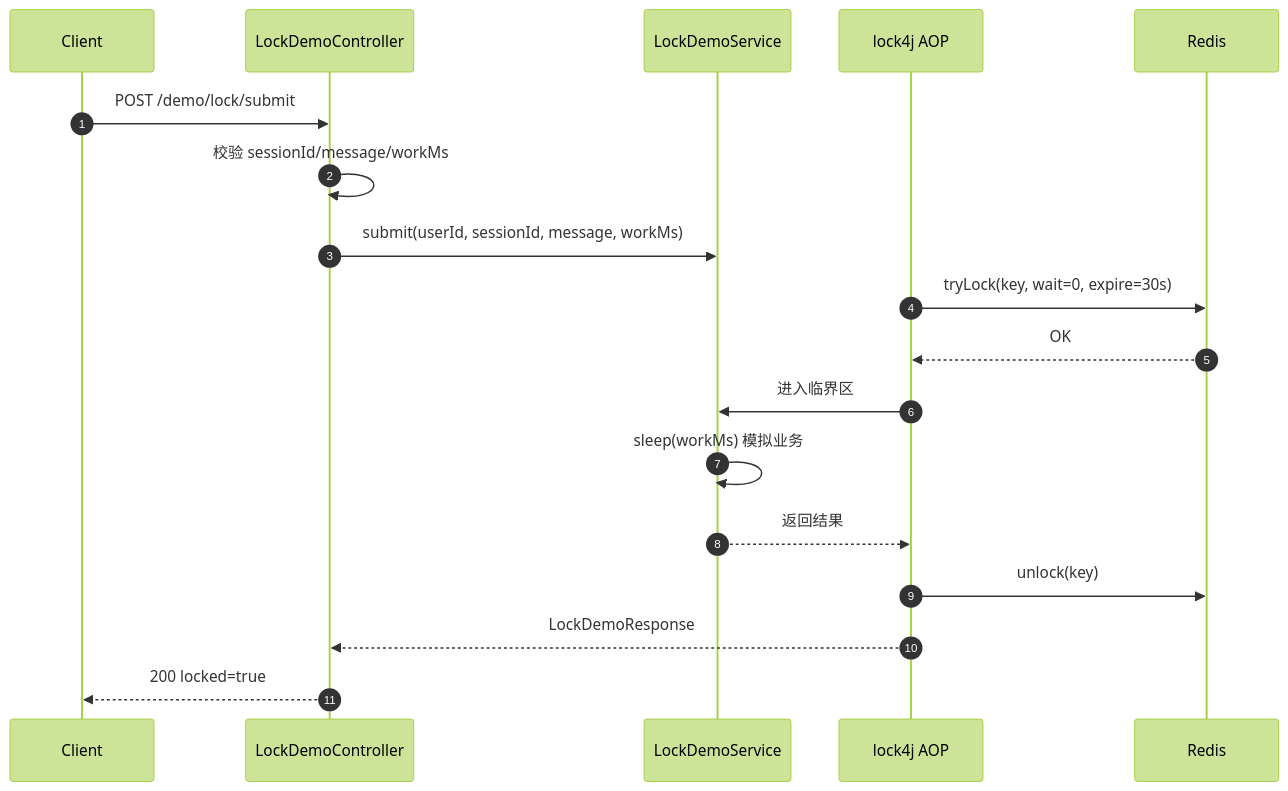
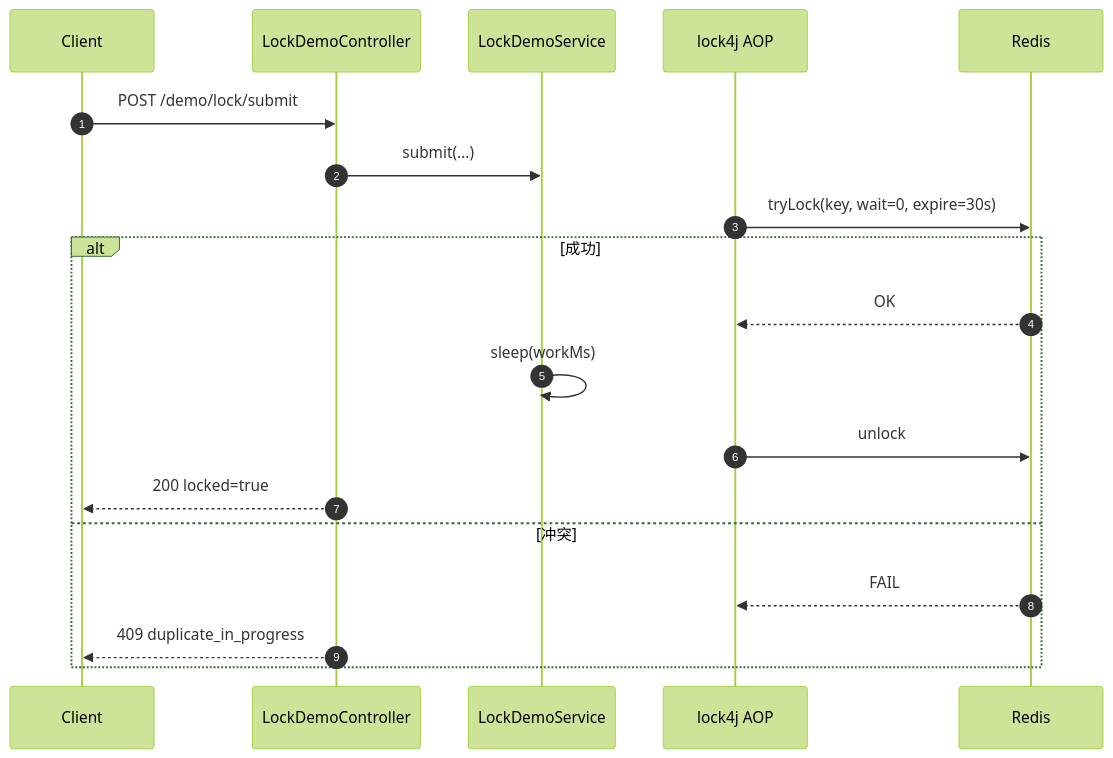
The fourth of 6 diagrams in demo2/docs/superpowers/specs/2026-08-05-lock4j-redisson-design.md (jasonsoso/spring-ai-demo), drawn with Mermaid (forest theme) before and after one commit. The commit also changed other lines of this file, not shown here.

Commit message:
docs(demo2): expand lock design to demo annotation plus ask tryLock

````diff
--- a/demo2/docs/superpowers/specs/2026-08-05-lock4j-redisson-design.md
+++ b/demo2/docs/superpowers/specs/2026-08-05-lock4j-redisson-design.md
@@ -172,21 +189,22 @@
 ```mermaid
 sequenceDiagram
   autonumber
   participant C as Client
   participant CTRL as LockDemoController
   participant SVC as LockDemoService
   participant L4J as lock4j AOP
   participant R as Redis
 
   C->>CTRL: POST /demo/lock/submit
-  CTRL->>CTRL: 校验 sessionId/message/workMs
-  CTRL->>SVC: submit(userId, sessionId, message, workMs)
+  CTRL->>SVC: submit(...)
   L4J->>R: tryLock(key, wait=0, expire=30s)
-  R-->>L4J: OK
-  L4J->>SVC: 进入临界区
-  SVC->>SVC: sleep(workMs) 模拟业务
-  SVC-->>L4J: 返回结果
-  L4J->>R: unlock(key)
-  L4J-->>CTRL: LockDemoResponse
-  CTRL-->>C: 200 locked=true
+  alt 成功
+    R-->>L4J: OK
+    SVC->>SVC: sleep(workMs)
+    L4J->>R: unlock
+    CTRL-->>C: 200 locked=true
+  else 冲突
+    R-->>L4J: FAIL
+    CTRL-->>C: 409 duplicate_in_progress
+  end
 ```
````
